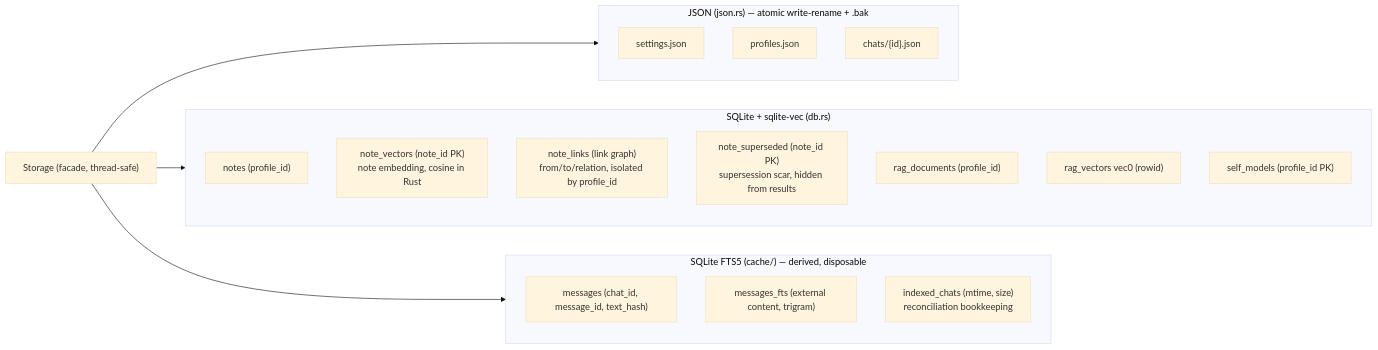
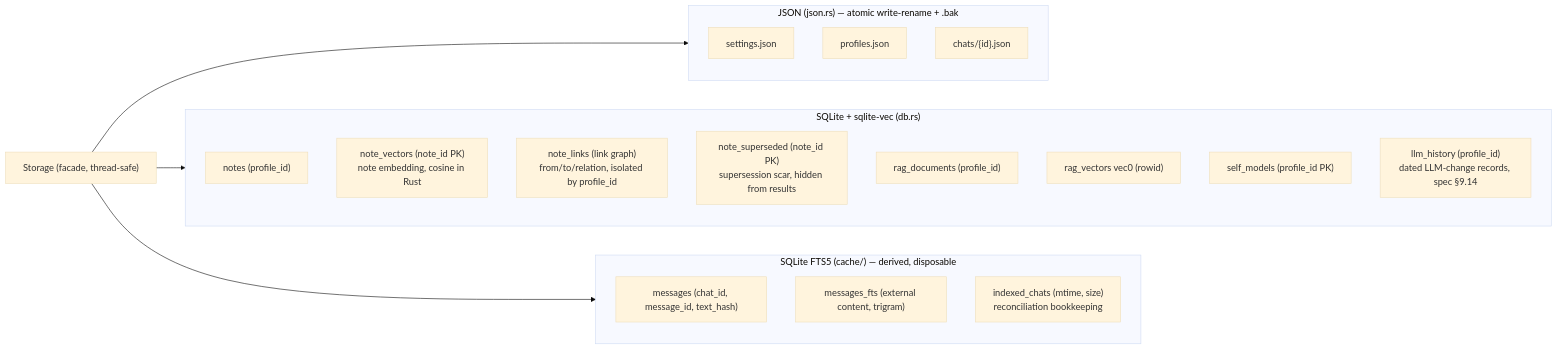
Before and after one commit to vshylov/mindfork-rs: the ninth of 17 diagrams in docs/architecture.md, drawn with Mermaid (base theme). The commit also changed other lines of this file and 32 other files, not shown here.

````diff
--- a/docs/architecture.md
+++ b/docs/architecture.md
@@ -1363,26 +1366,27 @@
 ```mermaid
 flowchart LR
     STORE["Storage (facade, thread-safe)"]
     subgraph JSON["JSON (json.rs) — atomic write-rename + .bak"]
         SET["settings.json"]
         PRO["profiles.json"]
         CHATS["chats/{id}.json"]
     end
     subgraph DB["SQLite + sqlite-vec (db.rs)"]
         NOTES["notes (profile_id)"]
         NV["note_vectors (note_id PK)<br/>note embedding, cosine in Rust"]
         NL["note_links (link graph)<br/>from/to/relation, isolated by profile_id"]
         NSUP["note_superseded (note_id PK)<br/>supersession scar, hidden from results"]
         RAGD["rag_documents (profile_id)"]
         VEC["rag_vectors vec0 (rowid)"]
         SELF["self_models (profile_id PK)"]
+        LLMH["llm_history (profile_id)<br/>dated LLM-change records, spec §9.14"]
     end
     subgraph CACHE["SQLite FTS5 (cache/) — derived, disposable"]
         MSG["messages (chat_id, message_id, text_hash)"]
         FTS["messages_fts (external content, trigram)"]
         IC["indexed_chats (mtime, size)<br/>reconciliation bookkeeping"]
     end
     STORE --> JSON
     STORE --> DB
     STORE --> CACHE
 ```
````
